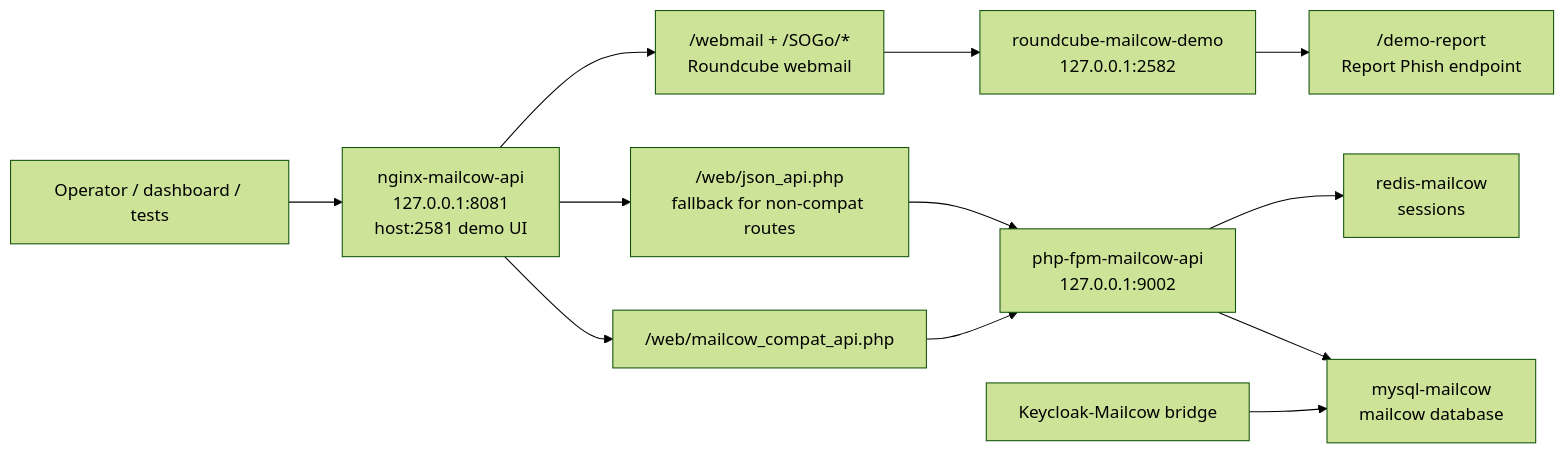
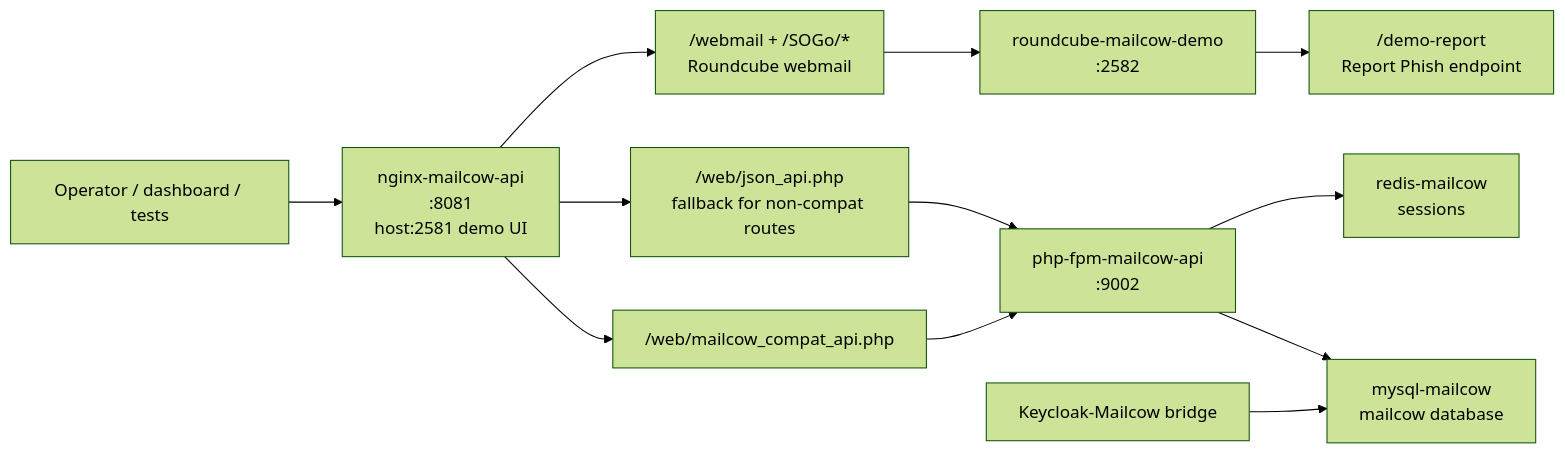
The diagram in docs/MAILCOW_API_SHIM.md (autonomouscereal/Agentic-IT), drawn with Mermaid (forest theme) before and after one commit. The commit also changed other lines of this file and 29 other files, not shown here.

````diff
--- a/docs/MAILCOW_API_SHIM.md
+++ b/docs/MAILCOW_API_SHIM.md
@@ -35,14 +35,14 @@
 ```mermaid
 flowchart LR
-  Operator["Operator / dashboard / tests"] --> Nginx["nginx-mailcow-api\n127.0.0.1:8081\nhost:2581 demo UI"]
+  Operator["Operator / dashboard / tests"] --> Nginx["nginx-mailcow-api\n<loopback>:8081\nhost:2581 demo UI"]
   Nginx --> Compat["/web/mailcow_compat_api.php"]
   Nginx --> Stock["/web/json_api.php\nfallback for non-compat routes"]
-  Compat --> PHP["php-fpm-mailcow-api\n127.0.0.1:9002"]
+  Compat --> PHP["php-fpm-mailcow-api\n<loopback>:9002"]
   Stock --> PHP
   PHP --> DB["mysql-mailcow\nmailcow database"]
   PHP --> Redis["redis-mailcow\nsessions"]
   Nginx --> Webmail["/webmail + /SOGo/*\nRoundcube webmail"]
-  Webmail --> Roundcube["roundcube-mailcow-demo\n127.0.0.1:2582"]
+  Webmail --> Roundcube["roundcube-mailcow-demo\n<loopback>:2582"]
   Roundcube --> Report["/demo-report\nReport Phish endpoint"]
   Bridge["Keycloak-Mailcow bridge"] --> DB
 ```
````
